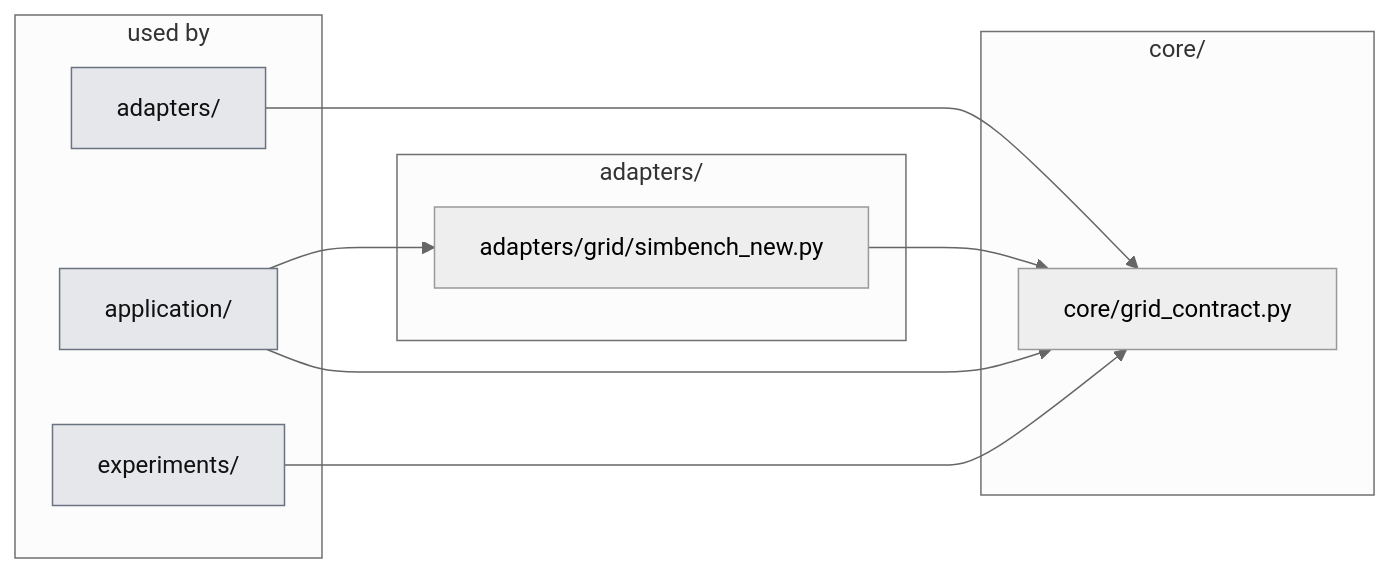
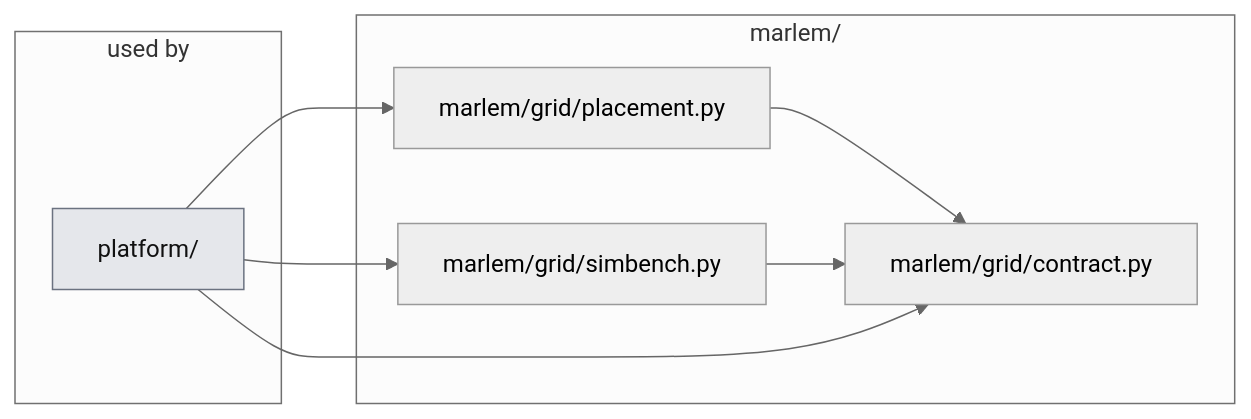
Before and after one commit to KevinRapo/P2P-thesis: the second of 2 diagrams in docs_thesis/thesis/architecture/01-simbench-grid.md, drawn with Mermaid (neutral theme). The commit also changed other lines of this file and 21 other files, not shown here.

````diff
--- a/docs_thesis/thesis/architecture/01-simbench-grid.md
+++ b/docs_thesis/thesis/architecture/01-simbench-grid.md
@@ -67,20 +67,17 @@
 ```mermaid
 flowchart LR
   subgraph USERS["used by"]
-    n_adapters__users_["adapters/"]:::ext
-    n_application__users_["application/"]:::ext
-    n_experiments__users_["experiments/"]:::ext
+    n_platform__users_["platform/"]:::ext
   end
-  subgraph g_adapters["adapters/"]
-    n_adapters_grid_simbench_new["adapters/grid/simbench_new.py"]
+  subgraph g_marlem["marlem/"]
+    n_marlem_grid_contract["marlem/grid/contract.py"]
+    n_marlem_grid_placement["marlem/grid/placement.py"]
+    n_marlem_grid_simbench["marlem/grid/simbench.py"]
   end
-  subgraph g_core["core/"]
-    n_core_grid_contract["core/grid_contract.py"]
-  end
-  n_adapters__users_ --> n_core_grid_contract
-  n_adapters_grid_simbench_new --> n_core_grid_contract
-  n_application__users_ --> n_adapters_grid_simbench_new
-  n_application__users_ --> n_core_grid_contract
-  n_experiments__users_ --> n_core_grid_contract
+  n_marlem_grid_placement --> n_marlem_grid_contract
+  n_marlem_grid_simbench --> n_marlem_grid_contract
+  n_platform__users_ --> n_marlem_grid_contract
+  n_platform__users_ --> n_marlem_grid_placement
+  n_platform__users_ --> n_marlem_grid_simbench
   classDef ext fill:#e5e7eb,stroke:#6b7280,color:#111
 ```
````
